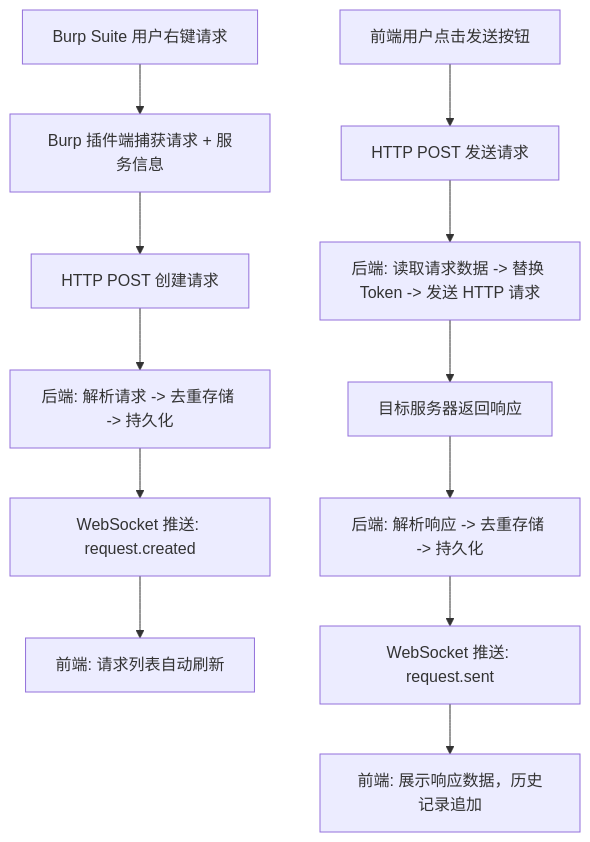
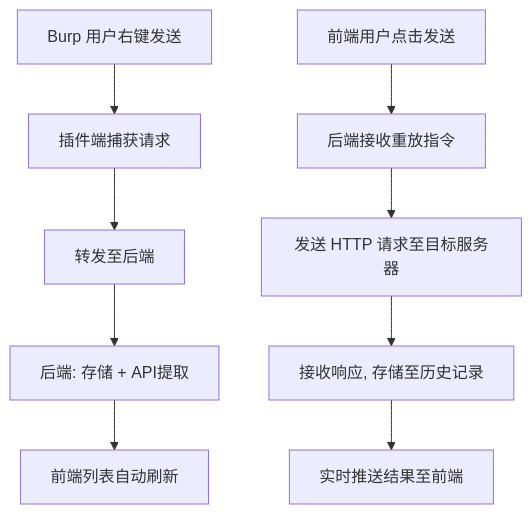
Before and after one commit to GitHubNull/repeaterManger: the third of 6 diagrams in doc/分离式架构_PRD.md, drawn with Mermaid. The commit also changed other lines of this file and 13 other files, not shown here.

````diff
--- a/doc/分离式架构_PRD.md
+++ b/doc/分离式架构_PRD.md
@@ -674,15 +402,12 @@
 ```mermaid
 graph TB
-    A["Burp Suite 用户右键请求"] --> B["Burp 插件端捕获请求 + 服务信息"]
-    B --> C["HTTP POST 创建请求"]
-    C --> D["后端: 解析请求 -> 去重存储 -> 持久化"]
-    D --> E["WebSocket 推送: request.created"]
-    E --> F["前端: 请求列表自动刷新"]
+    A["Burp 用户右键发送"] --> B["插件端捕获请求"]
+    B --> C["转发至后端"]
+    C --> D["后端: 存储 + API提取"]
+    D --> E["前端列表自动刷新"]
 
-    G["前端用户点击发送按钮"] --> H["HTTP POST 发送请求"]
-    H --> I["后端: 读取请求数据 -> 替换 Token -> 发送 HTTP 请求"]
-    I --> J["目标服务器返回响应"]
-    J --> K["后端: 解析响应 -> 去重存储 -> 持久化"]
-    K --> L["WebSocket 推送: request.sent"]
-    L --> M["前端: 展示响应数据，历史记录追加"]
+    F["前端用户点击发送"] --> G["后端接收重放指令"]
+    G --> H["发送 HTTP 请求至目标服务器"]
+    H --> I["接收响应, 存储至历史记录"]
+    I --> J["实时推送结果至前端"]
 ```
````
